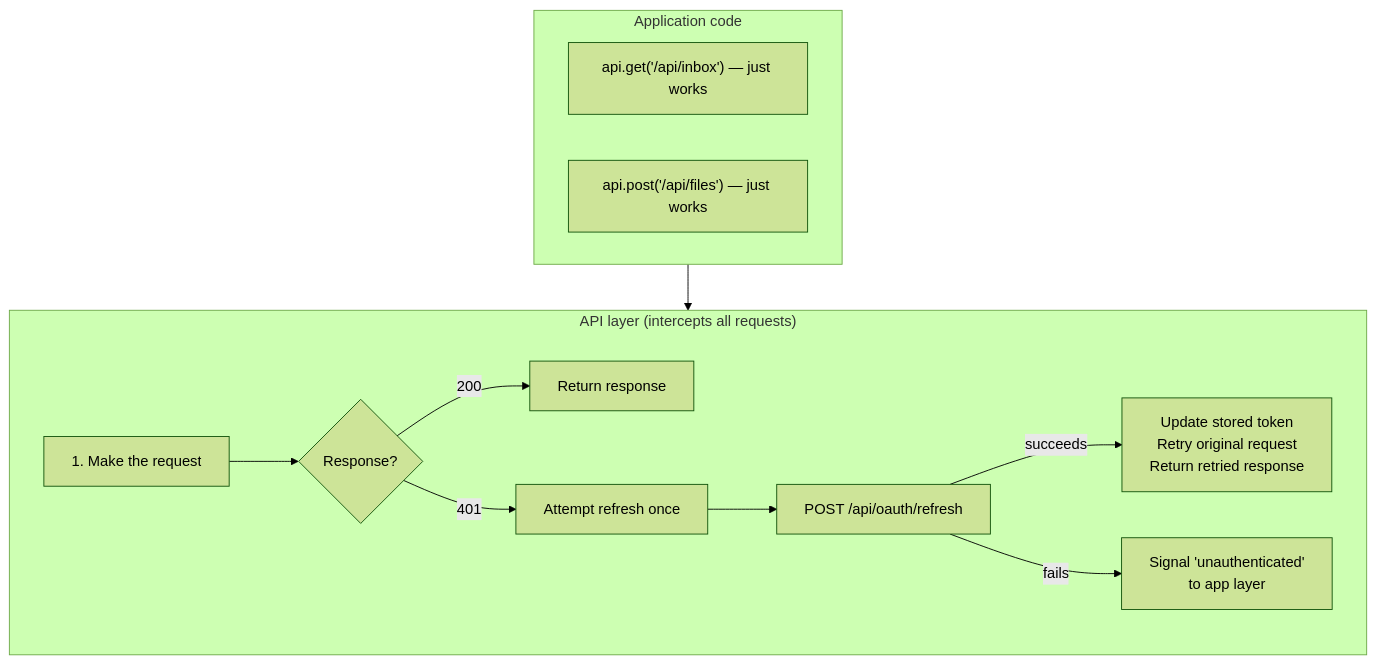
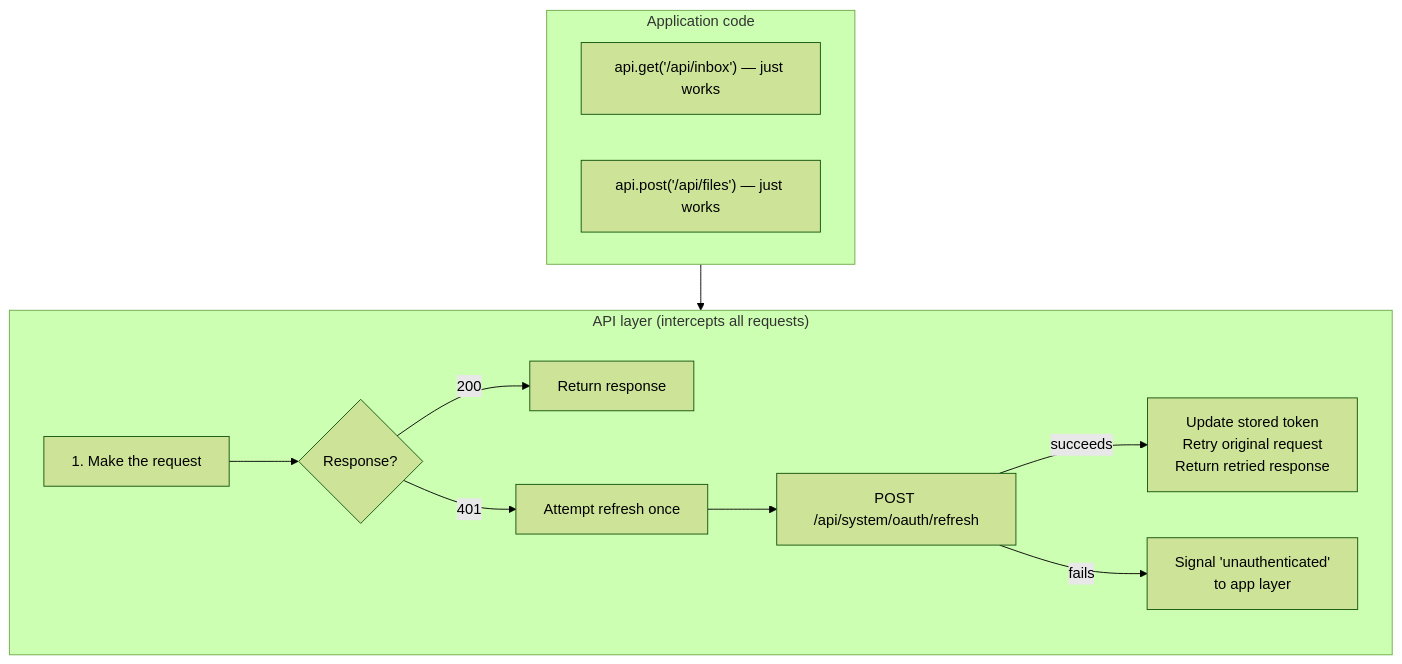
The third of 6 diagrams in src/content/docs/internal/components/authentication.md (xiaoyuanzhu-com/my-life-db-docs), drawn with Mermaid (forest theme) before and after one commit. The commit also changed other lines of this file and 1 other file, not shown here.

First line of the commit message:
docs(auth): update OAuth path references to /api/system/oauth/*

````diff
--- a/src/content/docs/internal/components/authentication.md
+++ b/src/content/docs/internal/components/authentication.md
@@ -190,19 +190,19 @@
 ```mermaid
 graph TD
     subgraph App["Application code"]
         A1["api.get('/api/inbox') — just works"]
         A2["api.post('/api/files') — just works"]
     end
 
     subgraph APILayer["API layer (intercepts all requests)"]
         S1["1. Make the request"]
         S1 --> S2{"Response?"}
         S2 -- "200" --> S3["Return response"]
         S2 -- "401" --> S4["Attempt refresh once"]
-        S4 --> S5["POST /api/oauth/refresh"]
+        S4 --> S5["POST /api/system/oauth/refresh"]
         S5 -- "succeeds" --> S6["Update stored token\nRetry original request\nReturn retried response"]
         S5 -- "fails" --> S7["Signal 'unauthenticated'\nto app layer"]
     end
 
     App --> APILayer
 ```
````
